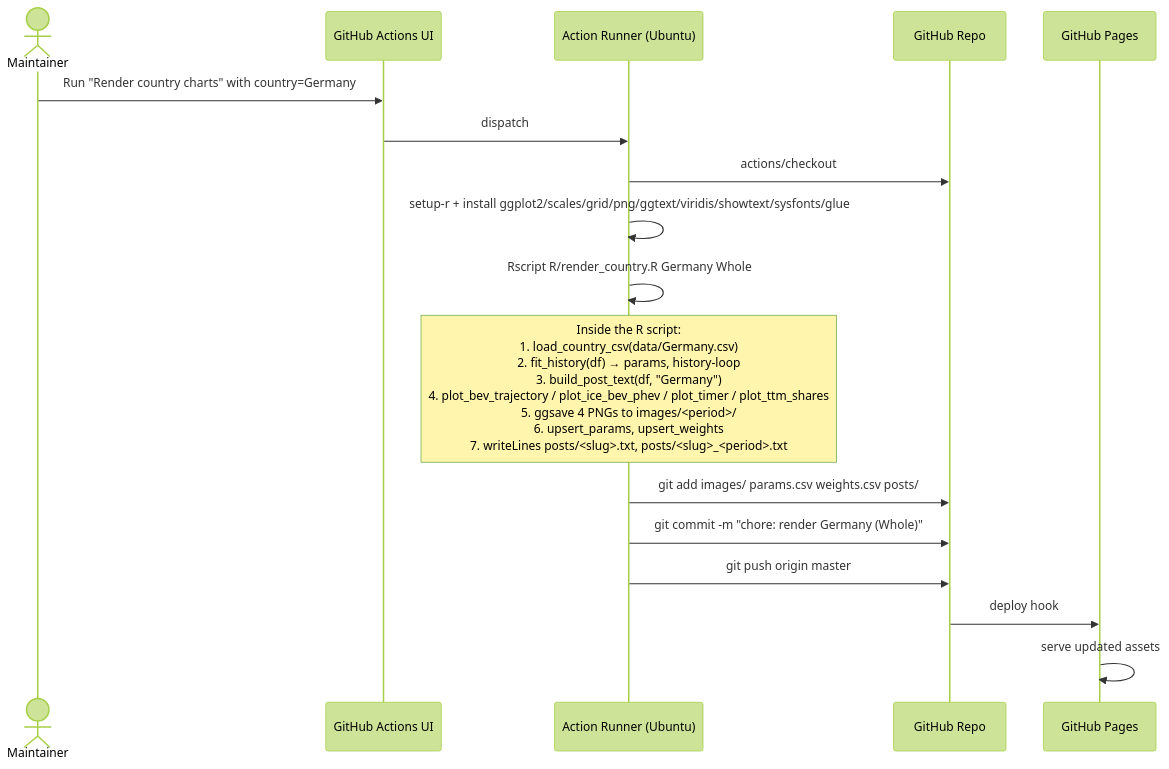
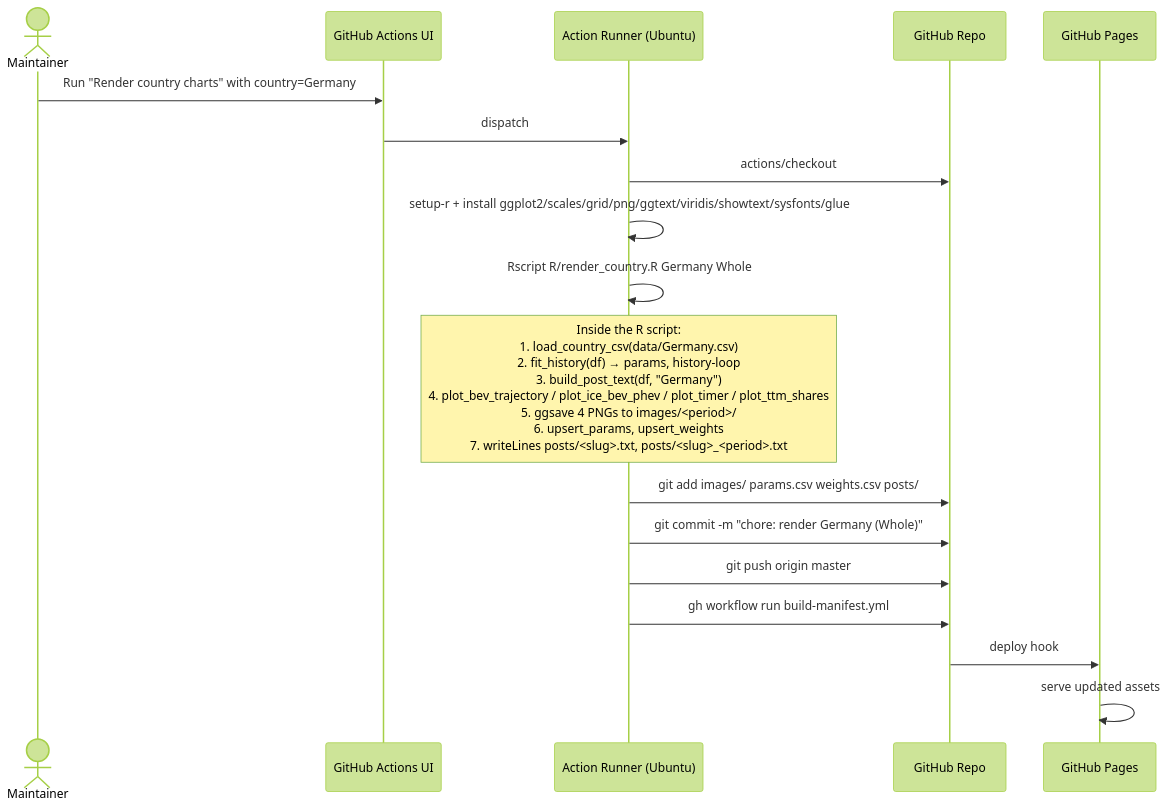
Before and after one commit to LeRaffl/LeRaffl-Gallery: the second of 8 diagrams in docs/architecture/05-flows.md, drawn with Mermaid (forest theme). The commit also changed other lines of this file and 3 other files, not shown here.

Commit message:
ci(render): dispatch manifest build after render

````diff
--- a/docs/architecture/05-flows.md
+++ b/docs/architecture/05-flows.md
@@ -71,23 +71,24 @@
 ```mermaid
 sequenceDiagram
     actor Maintainer
     participant GHUI as GitHub Actions UI
     participant Runner as Action Runner (Ubuntu)
     participant Repo as GitHub Repo
     participant Pages as GitHub Pages
 
     Maintainer->>GHUI: Run "Render country charts" with country=Germany
     GHUI->>Runner: dispatch
     Runner->>Repo: actions/checkout
     Runner->>Runner: setup-r + install ggplot2/scales/grid/png/ggtext/viridis/showtext/sysfonts/glue
     Runner->>Runner: Rscript R/render_country.R Germany Whole
 
     Note over Runner: Inside the R script:<br/>1. load_country_csv(data/Germany.csv)<br/>2. fit_history(df) → params, history-loop<br/>3. build_post_text(df, "Germany")<br/>4. plot_bev_trajectory / plot_ice_bev_phev / plot_timer / plot_ttm_shares<br/>5. ggsave 4 PNGs to images/<period>/<br/>6. upsert_params, upsert_weights<br/>7. writeLines posts/<slug>.txt, posts/<slug>_<period>.txt
 
     Runner->>Repo: git add images/ params.csv weights.csv posts/
     Runner->>Repo: git commit -m "chore: render Germany (Whole)"
     Runner->>Repo: git push origin master
+    Runner->>Repo: gh workflow run build-manifest.yml
 
     Repo->>Pages: deploy hook
     Pages->>Pages: serve updated assets
 ```
````
